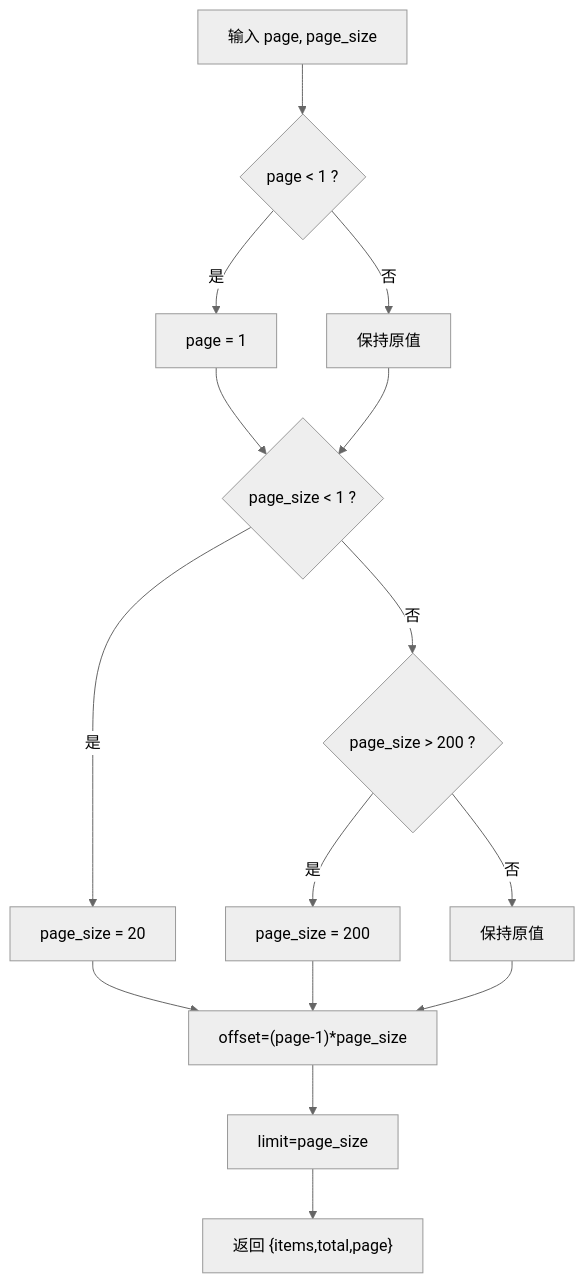
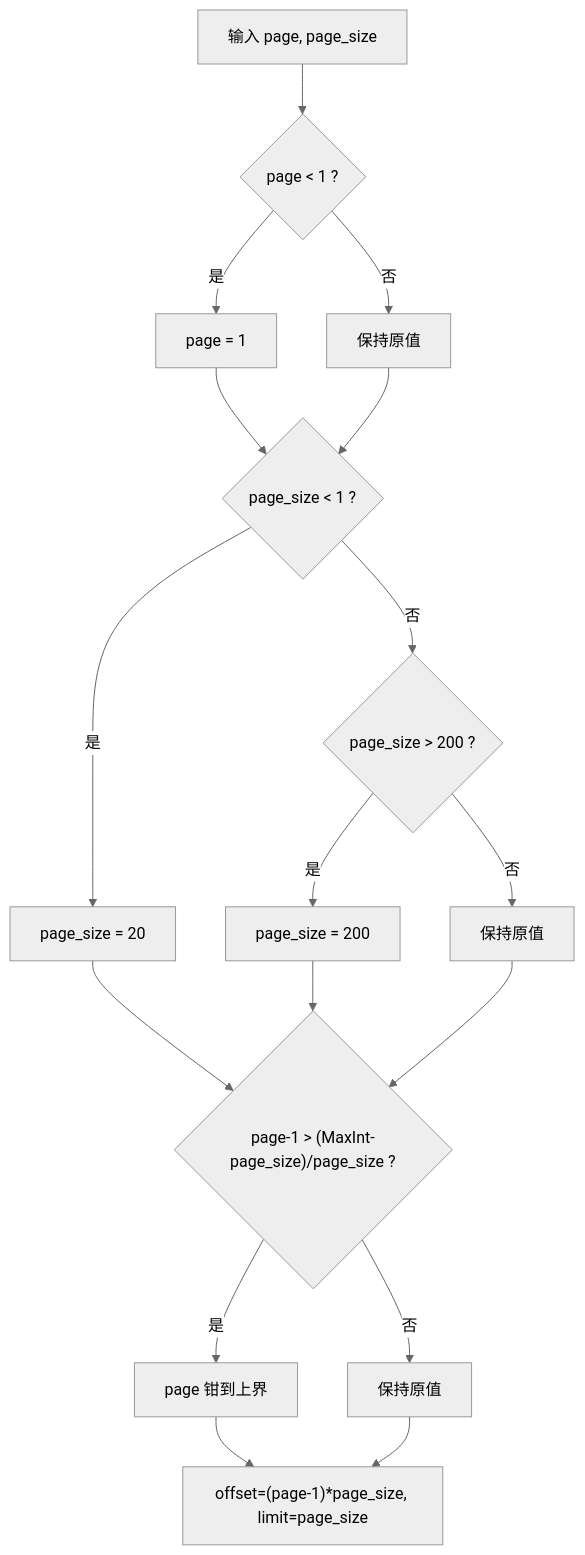
One commit to x01n/My-OpenWaf changed the fourth of 5 diagrams in docs/管理 API 系统/REST API 设计规范/请求响应格式规范.md. Above: the diagram before and after it, drawn with Mermaid (neutral theme). The commit also changed other lines of this file and 622 other files, not shown here.

````diff
--- a/docs/管理 API 系统/REST API 设计规范/请求响应格式规范.md
+++ b/docs/管理 API 系统/REST API 设计规范/请求响应格式规范.md
@@ -200,17 +237,19 @@
 ```mermaid
 flowchart TD
 A["输入 page, page_size"] --> B{"page < 1 ?"}
 B --> |是| C["page = 1"]
 B --> |否| D["保持原值"]
 C --> E{"page_size < 1 ?"}
 D --> E
 E --> |是| F["page_size = 20"]
 E --> |否| G{"page_size > 200 ?"}
 G --> |是| H["page_size = 200"]
 G --> |否| I["保持原值"]
-F --> J["offset=(page-1)*page_size"]
+F --> J{"page-1 > (MaxInt-page_size)/page_size ?"}
 H --> J
 I --> J
-J --> K["limit=page_size"]
-K --> L["返回 {items,total,page}"]
+J --> |是| K["page 钳到上界"]
+J --> |否| L["保持原值"]
+K --> M["offset=(page-1)*page_size, limit=page_size"]
+L --> M
 ```
````
